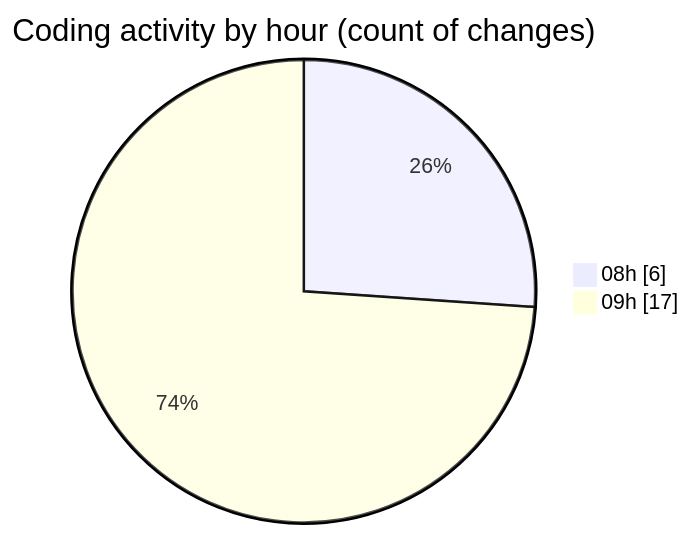
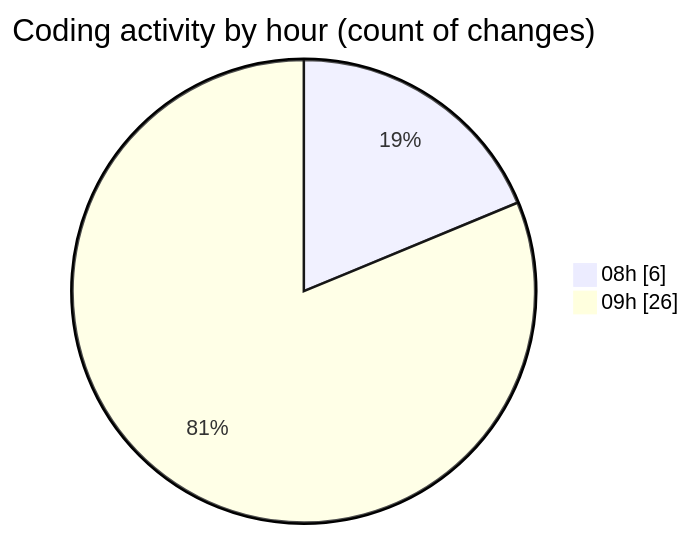
Before and after one commit to momahboobian/code-tracking: the second of 2 diagrams in 2026-01-29/cda/README.md, drawn with Mermaid. The commit also changed other lines of this file and 1 other file, not shown here.

````diff
--- a/2026-01-29/cda/README.md
+++ b/2026-01-29/cda/README.md
@@ -30,6 +30,6 @@
 ```mermaid
 pie showData
 title Coding activity by hour (count of changes)
 "08h" : 6
-"09h" : 17
+"09h" : 26
 ```
````
